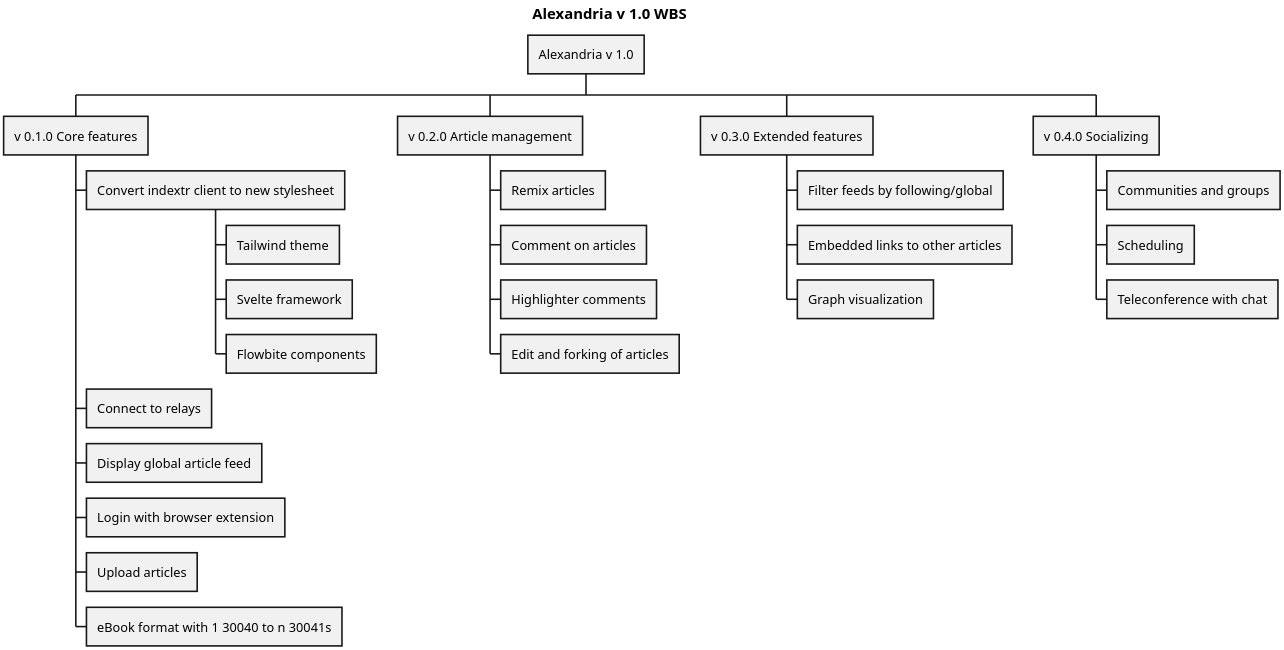
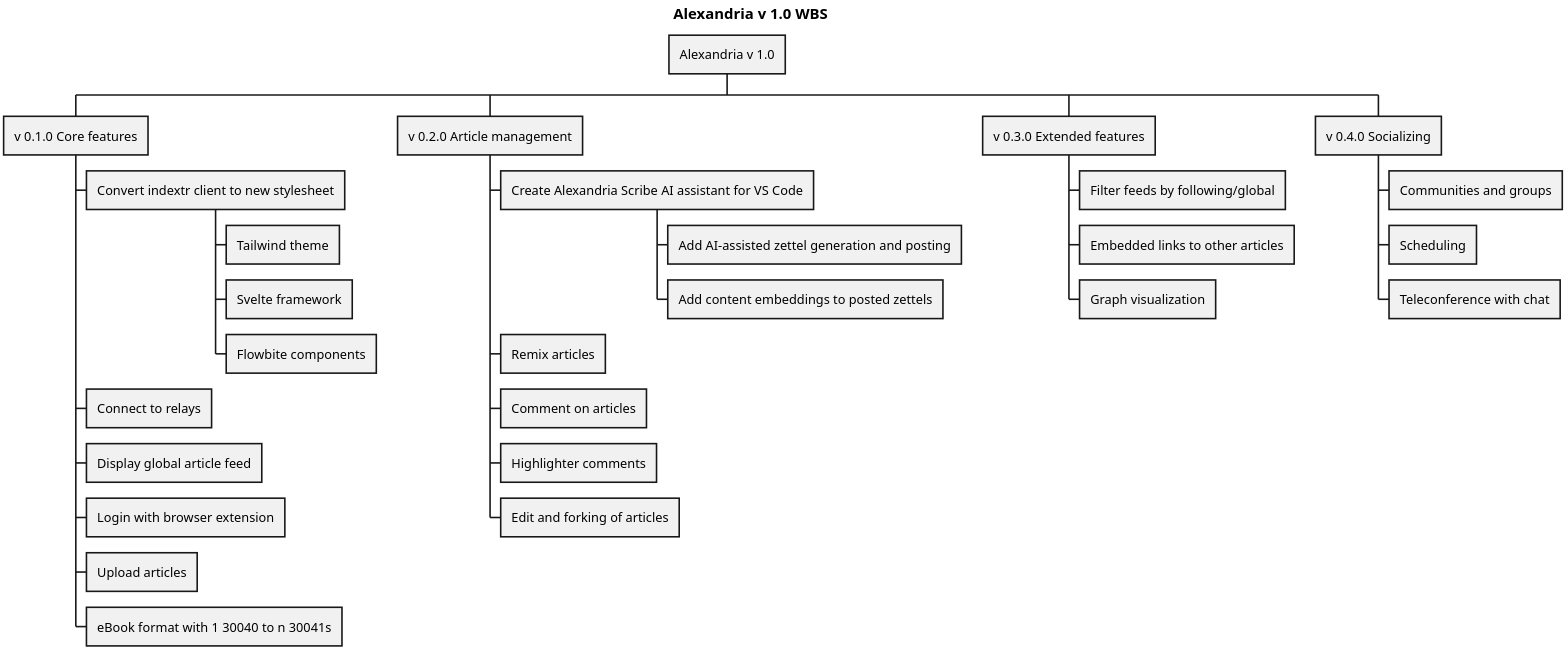
The diagram in plantUML/Alexandria/Alexandria_v1.0_WBS.puml (ShadowySupercode/gitcitadel), drawn with PlantUML before and after one commit. The commit also changed 3 other files, not shown here.

Commit message:
Company docs moved to their own repo. Document generation added to Alexandria WBS.

```diff
--- a/plantUML/Alexandria/Alexandria_v1.0_WBS.puml
+++ b/plantUML/Alexandria/Alexandria_v1.0_WBS.puml
@@ -1,31 +1,34 @@
 @startwbs Alexandria_v1.0_WBS
 
 skinparam dpi 300
 title Alexandria v 1.0 WBS
 
 * Alexandria v 1.0
 ** v 0.1.0 Core features
 *** Convert indextr client to new stylesheet
 **** Tailwind theme
 **** Svelte framework
 **** Flowbite components
 *** Connect to relays
 *** Display global article feed
 *** Login with browser extension
 *** Upload articles
 *** eBook format with 1 30040 to n 30041s
 ** v 0.2.0 Article management
+*** Create Alexandria Scribe AI assistant for VS Code
+**** Add AI-assisted zettel generation and posting
+**** Add content embeddings to posted zettels
 *** Remix articles
 *** Comment on articles
 *** Highlighter comments
 *** Edit and forking of articles
 ** v 0.3.0 Extended features
 *** Filter feeds by following/global
 *** Embedded links to other articles
 *** Graph visualization
 ** v 0.4.0 Socializing
 *** Communities and groups
 *** Scheduling
 *** Teleconference with chat
 
 @endwbs
```
